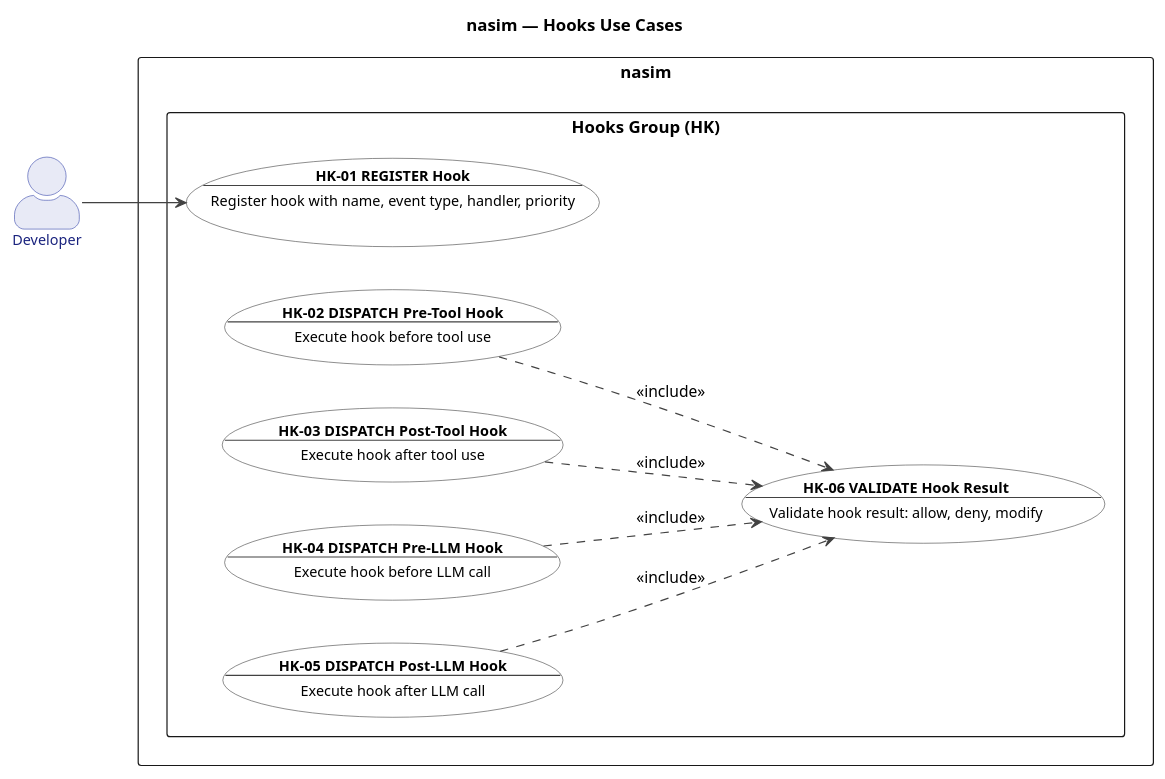
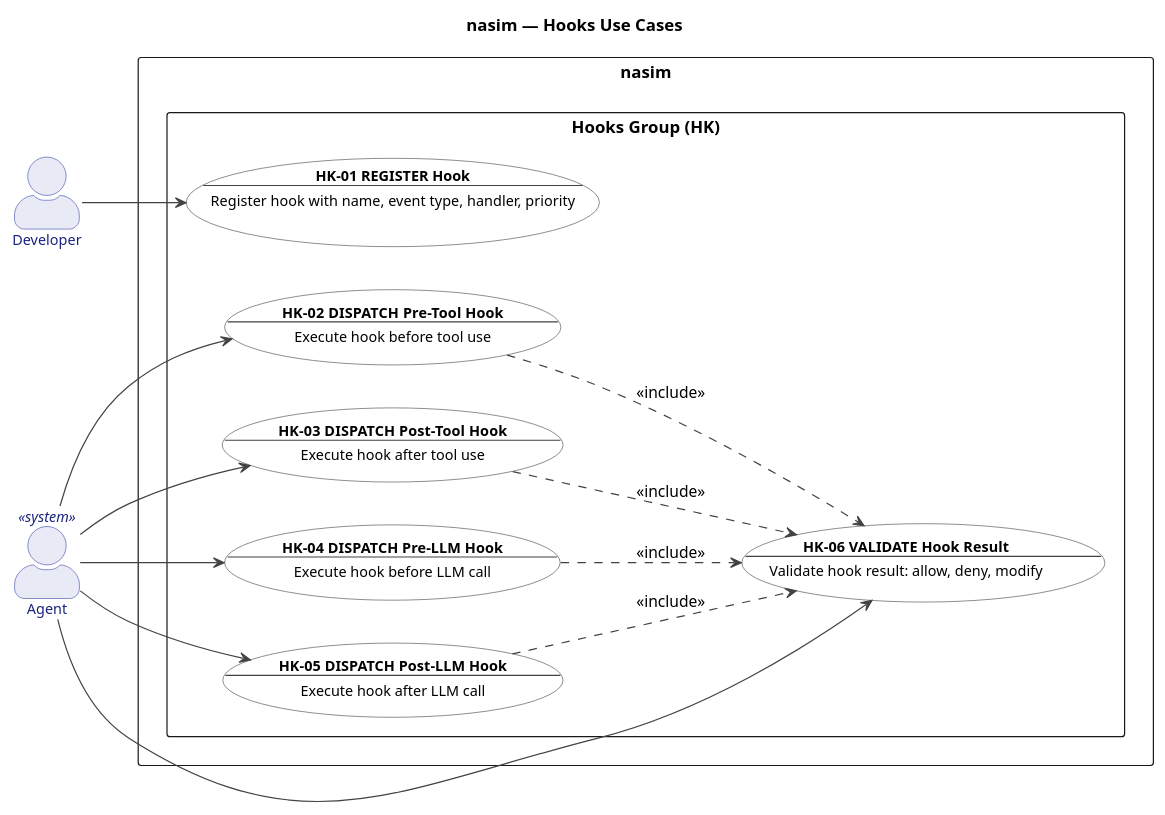
One commit to salimnamvar/nasim changed the diagram in docs/UC/uc_hooks.puml. Above: the diagram before and after it, drawn with PlantUML. The commit also changed 18 other files, not shown here.

First line of the commit message:
docs: Add "Agent" actor to multiple use case diagrams and establish relationships

```diff
--- a/docs/UC/uc_hooks.puml
+++ b/docs/UC/uc_hooks.puml
@@ -1,72 +1,78 @@
 @startuml uc_hooks
 
 ' ============================================================
 ' Title:     nasim — UC: Hooks Group
 ' Group:     HK (Hooks)
 ' Boundary:  nasim code agent
 ' Purpose:   Pre/post hooks for tool use and LLM calls
 ' Milestone: v1.0
 ' Version:   6.0.0
 ' Source:    docs/ENTITIES.md
 ' Review:    docs/audit/audit.2026.06.20.uc-layer.car.md
 ' ============================================================
 
 left to right direction
 
 title nasim — Hooks Use Cases
 
 skinparam actorStyle awesome
 skinparam packageStyle rectangle
 
 skinparam usecase {
   BackgroundColor #FFFFFF
   BorderColor #424242
   FontColor #000000
   ArrowColor #424242
   FontSize 12
 }
 
 skinparam actor {
   BackgroundColor #E8EAF6
   BorderColor #3949AB
   FontColor #1A237E
   FontSize 12
 }
 
 ' ============================================================
 ' Actors
 ' ============================================================
 
 actor "Developer" as Developer
+actor "Agent" as Agent <<system>>
 
 ' ============================================================
 ' System Boundary
 ' ============================================================
 
 rectangle "nasim" {
   package "Hooks Group (HK)" {
     usecase "**HK-01 REGISTER Hook**\n--\nRegister hook with name, event type, handler, priority" as HK01
     usecase "**HK-02 DISPATCH Pre-Tool Hook**\n--\nExecute hook before tool use" as HK02
     usecase "**HK-03 DISPATCH Post-Tool Hook**\n--\nExecute hook after tool use" as HK03
     usecase "**HK-04 DISPATCH Pre-LLM Hook**\n--\nExecute hook before LLM call" as HK04
     usecase "**HK-05 DISPATCH Post-LLM Hook**\n--\nExecute hook after LLM call" as HK05
     usecase "**HK-06 VALIDATE Hook Result**\n--\nValidate hook result: allow, deny, modify" as HK06
   }
 }
 
 ' ============================================================
 ' Actor -> Use Case Associations
 ' ============================================================
 
 Developer --> HK01
+Agent --> HK02
+Agent --> HK03
+Agent --> HK04
+Agent --> HK05
+Agent --> HK06
 
 ' ============================================================
 ' Relationships
 ' ============================================================
 
 HK02 ..> HK06 : <<include>>
 HK03 ..> HK06 : <<include>>
 HK04 ..> HK06 : <<include>>
 HK05 ..> HK06 : <<include>>
 
 @enduml
```
